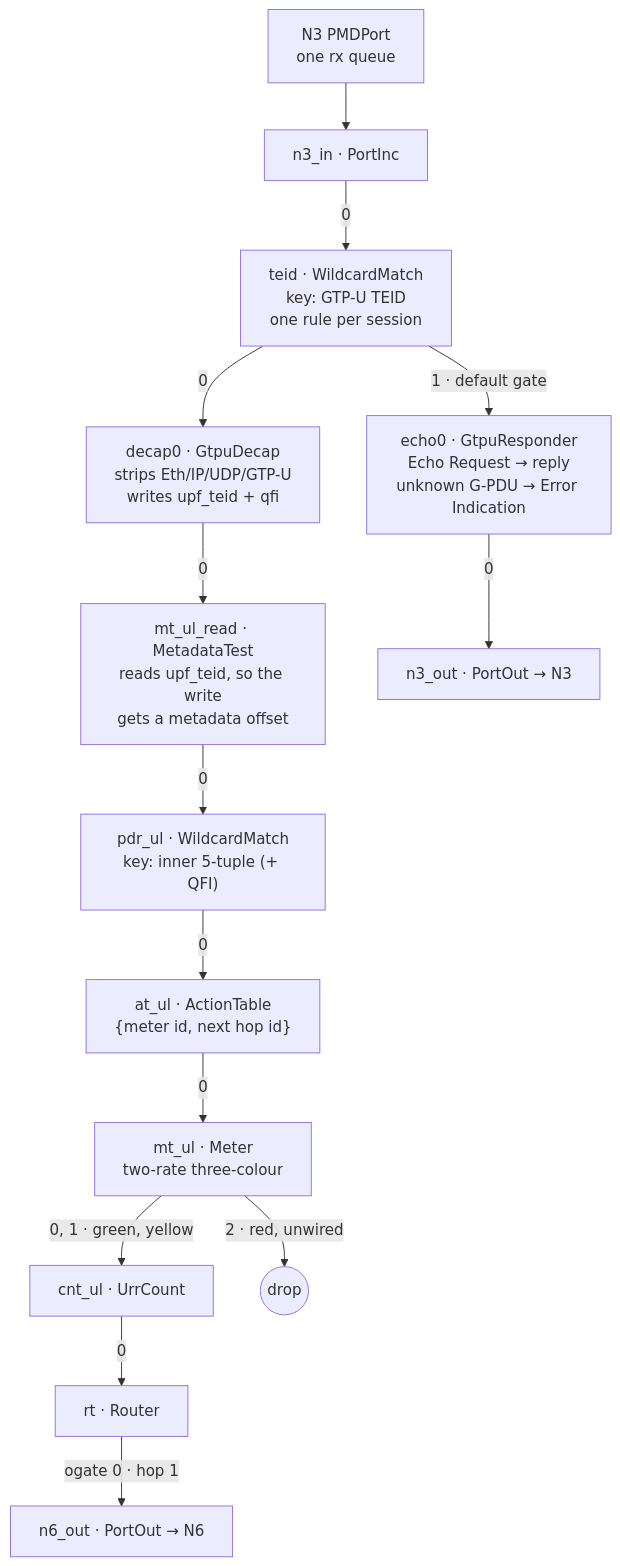
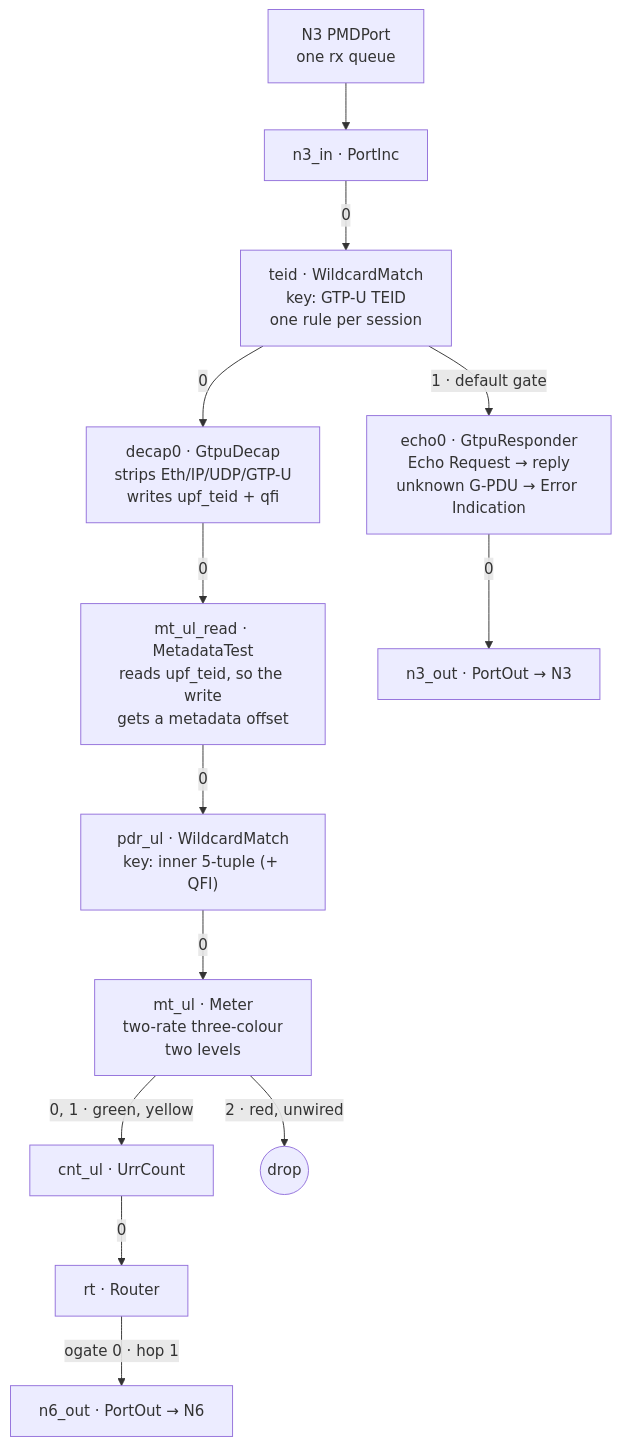
Before and after one commit to krsna1729/upf: the first of 3 diagrams in docs/datapath.md, drawn with Mermaid. The commit also changed other lines of this file and 6 other files, not shown here.

First line of the commit message:
docs: add pipeline diagram, router inventory, and interface compliance

````diff
--- a/docs/datapath.md
+++ b/docs/datapath.md
@@ -30,16 +30,15 @@
 ```mermaid
 flowchart TB
     n3["N3 PMDPort<br/>one rx queue"] --> n3in["n3_in · PortInc"]
     n3in -->|0| teid["teid · WildcardMatch<br/>key: GTP-U TEID<br/>one rule per session"]
     teid -->|0| decap["decap0 · GtpuDecap<br/>strips Eth/IP/UDP/GTP-U<br/>writes upf_teid + qfi"]
     teid -->|"1 · default gate"| echo["echo0 · GtpuResponder<br/>Echo Request → reply<br/>unknown G-PDU → Error Indication"]
     decap -->|0| mt["mt_ul_read · MetadataTest<br/>reads upf_teid, so the write<br/>gets a metadata offset"]
     mt -->|0| pdr["pdr_ul · WildcardMatch<br/>key: inner 5-tuple (+ QFI)"]
-    pdr -->|0| at["at_ul · ActionTable<br/>{meter id, next hop id}"]
-    at -->|0| meter["mt_ul · Meter<br/>two-rate three-colour"]
+    pdr -->|0| meter["mt_ul · Meter<br/>two-rate three-colour<br/>two levels"]
     meter -->|"0, 1 · green, yellow"| cnt["cnt_ul · UrrCount"]
     meter -->|"2 · red, unwired"| drop(("drop"))
     cnt -->|0| rt["rt · Router"]
     rt -->|"ogate 0 · hop 1"| n6["n6_out · PortOut → N6"]
     echo -->|0| n3out["n3_out · PortOut → N3"]
 ```
````
